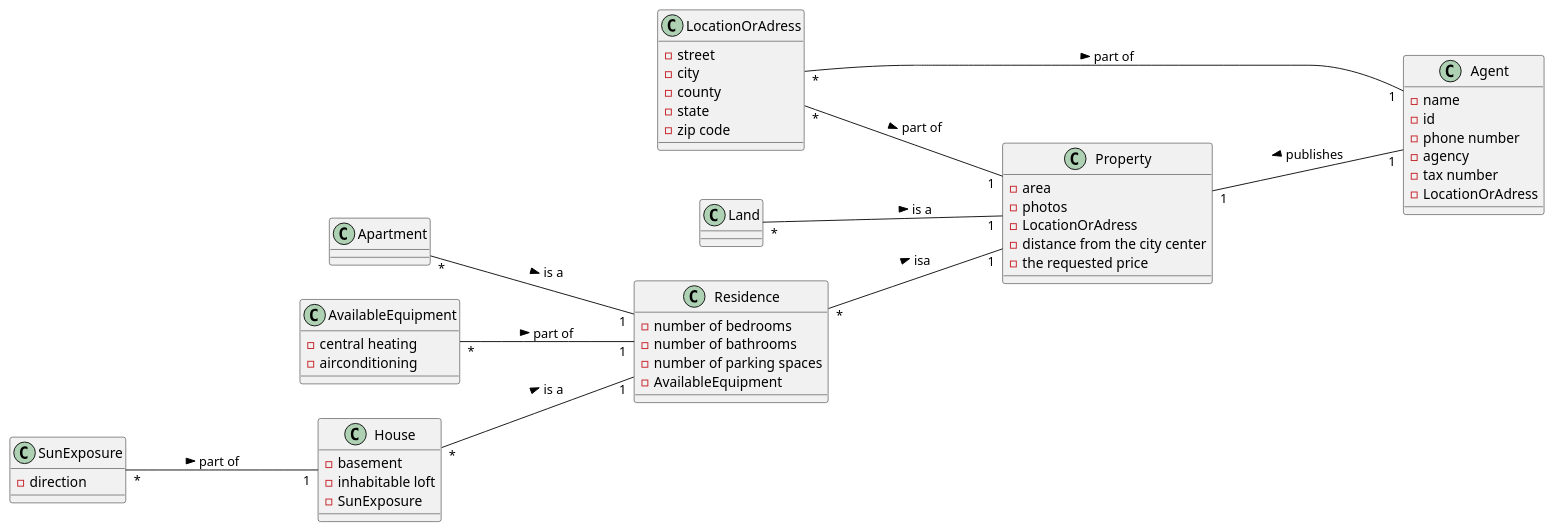
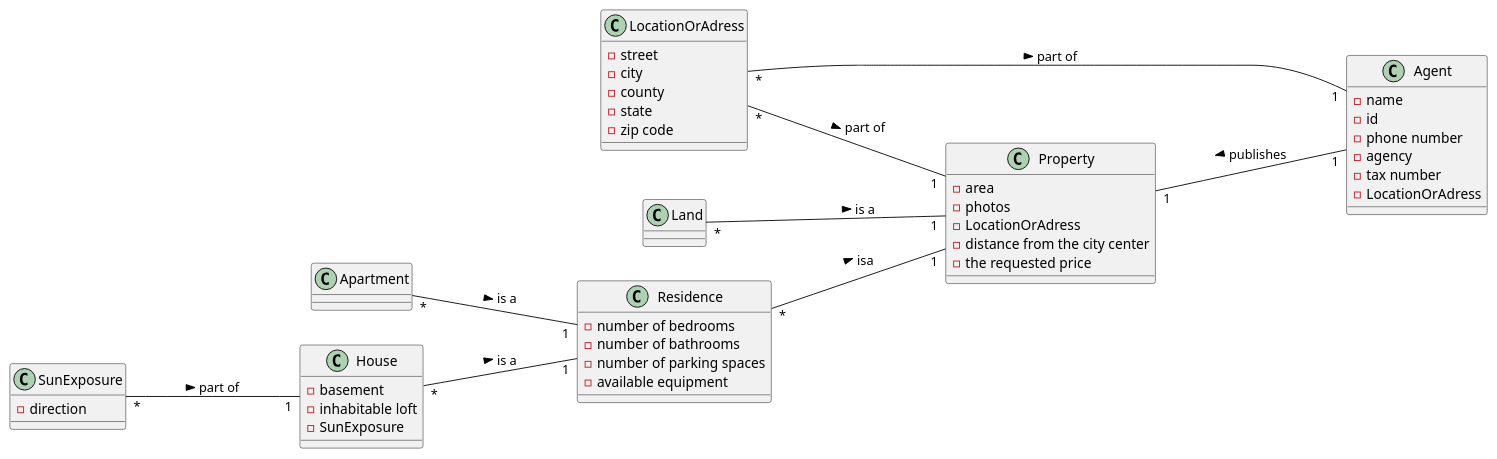
The diagram in docs/sprintA/US02/02.analysis/puml/us02-domain-model.puml (PureNimble/ISEP-LAPR2), drawn with PlantUML before and after one commit. The commit also changed 2 other files, not shown here.

```diff
--- a/docs/sprintA/US02/02.analysis/puml/us02-domain-model.puml
+++ b/docs/sprintA/US02/02.analysis/puml/us02-domain-model.puml
@@ -1,97 +1,89 @@
 @startuml
 
 left to right direction
 
 class Property
 
 class Apartment
-
-class AvailableEquipment
 
 class House
 
 class Residence
 
 class LocationOrAdress
 
 class Land
 
 class Agent
 
 class SunExposure
 
 class Agent {
 - name
 - id
 - phone number
 - agency
 - tax number
 - LocationOrAdress
 }
 
 class Residence{
 -number of bedrooms
  - number of bathrooms
  - number of parking spaces
- - AvailableEquipment
+ - available equipment
  }
 
 
 class Property {
 - area
 - photos
 - LocationOrAdress
 - distance from the city center
 - the requested price
 }
 
 class Apartment {
 }
 
 class House {
 - basement
 - inhabitable loft
 - SunExposure
 }
 
 class Land {
 
 }
 
 class SunExposure {
 - direction
 }
 
 'perguntar'
 
 '/class LocationOrAdress {
   '- adressExtension
   '- zip code
   '}
 
 
 class LocationOrAdress {
 - street
 - city
 - county
 - state
 - zip code
 }
 
-class AvailableEquipment {
-- central heating
-- airconditioning
-}
-
 Property "1" --- "1" Agent: publishes <
 Land "*" --- "1" Property: is a >
 Residence "*" --- "1" Property: isa >
 
 SunExposure "*" --- "1" House : part of >
 LocationOrAdress "*" --- "1" Property : part of >
 LocationOrAdress "*" --- "1" Agent : part of >
-AvailableEquipment "*" --- "1" Residence : part of >
 Apartment "*" --- "1" Residence : is a >
 House "*" --- "1" Residence : is a >
 
 @enduml
```
